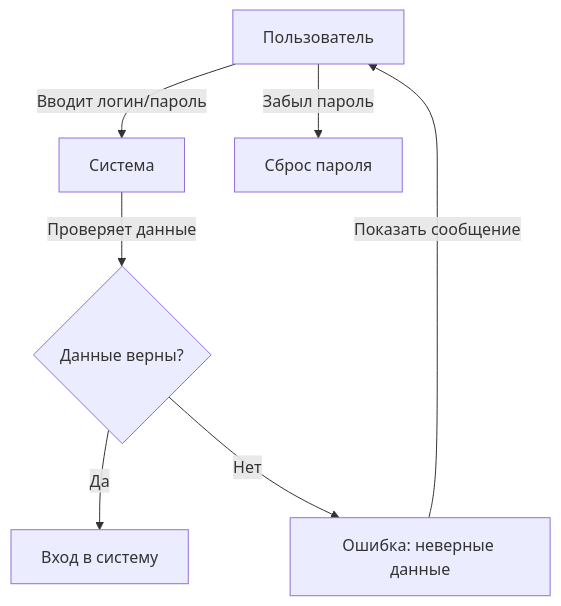
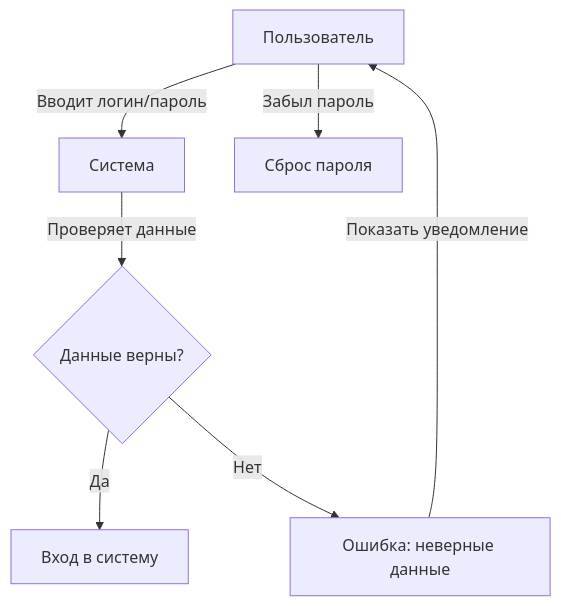
Before and after one commit to P314Rat/LegalexAccount: the first of 2 diagrams in Documentation/docs/авторизация/login.md, drawn with Mermaid. The commit also changed 13 other files, not shown here.

````diff
--- a/Documentation/docs/авторизация/login.md
+++ b/Documentation/docs/авторизация/login.md
@@ -14,9 +14,9 @@
 ```mermaid
 graph TD;
     A[Пользователь] -->|Вводит логин/пароль| B[Система]
     B -->|Проверяет данные| C{Данные верны?}
     C -->|Да| D[Вход в систему]
     C -->|Нет| E[Ошибка: неверные данные]
-    E -->|Показать сообщение| A
+    E -->|Показать уведомление| A
     A -->|Забыл пароль| F[Сброс пароля]
 ```
````
